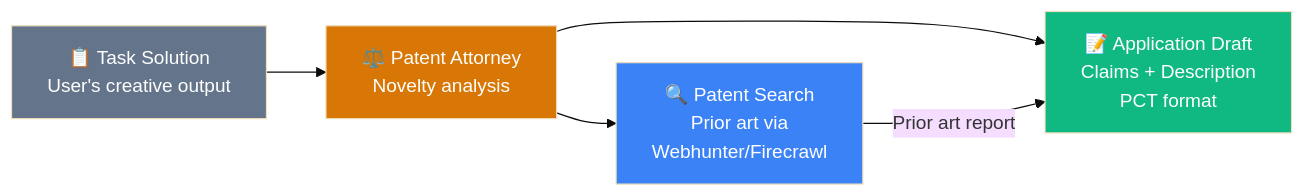
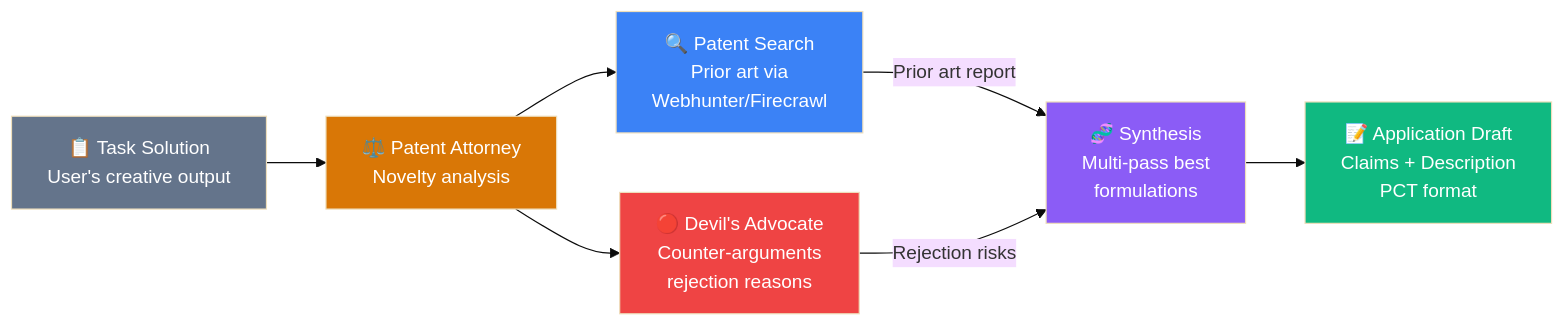
One commit to alexkuz60/ai-hydra changed the eighth of 8 diagrams in PAPER.md. Above: the diagram before and after it, drawn with Mermaid (base theme). The commit also changed other lines of this file and 4 other files, not shown here.

````diff
--- a/PAPER.md
+++ b/PAPER.md
@@ -656,17 +655,23 @@
 ```mermaid
 graph LR
     T["📋 Task Solution<br/>User's creative output"]
     PA["⚖️ Patent Attorney<br/>Novelty analysis"]
     S["🔍 Patent Search<br/>Prior art via<br/>Webhunter/Firecrawl"]
+    DA["🔴 Devil's Advocate<br/>Counter-arguments<br/>rejection reasons"]
+    SY["🧬 Synthesis<br/>Multi-pass best<br/>formulations"]
     D["📝 Application Draft<br/>Claims + Description<br/>PCT format"]
     
     T --> PA
     PA --> S
-    PA --> D
-    S -->|"Prior art report"| D
+    PA --> DA
+    S -->|"Prior art report"| SY
+    DA -->|"Rejection risks"| SY
+    SY --> D
     
     style T fill:#64748b,color:#fff
     style PA fill:#d97706,color:#fff
     style S fill:#3b82f6,color:#fff
+    style DA fill:#ef4444,color:#fff
+    style SY fill:#8b5cf6,color:#fff
     style D fill:#10b981,color:#fff
 ```
````
